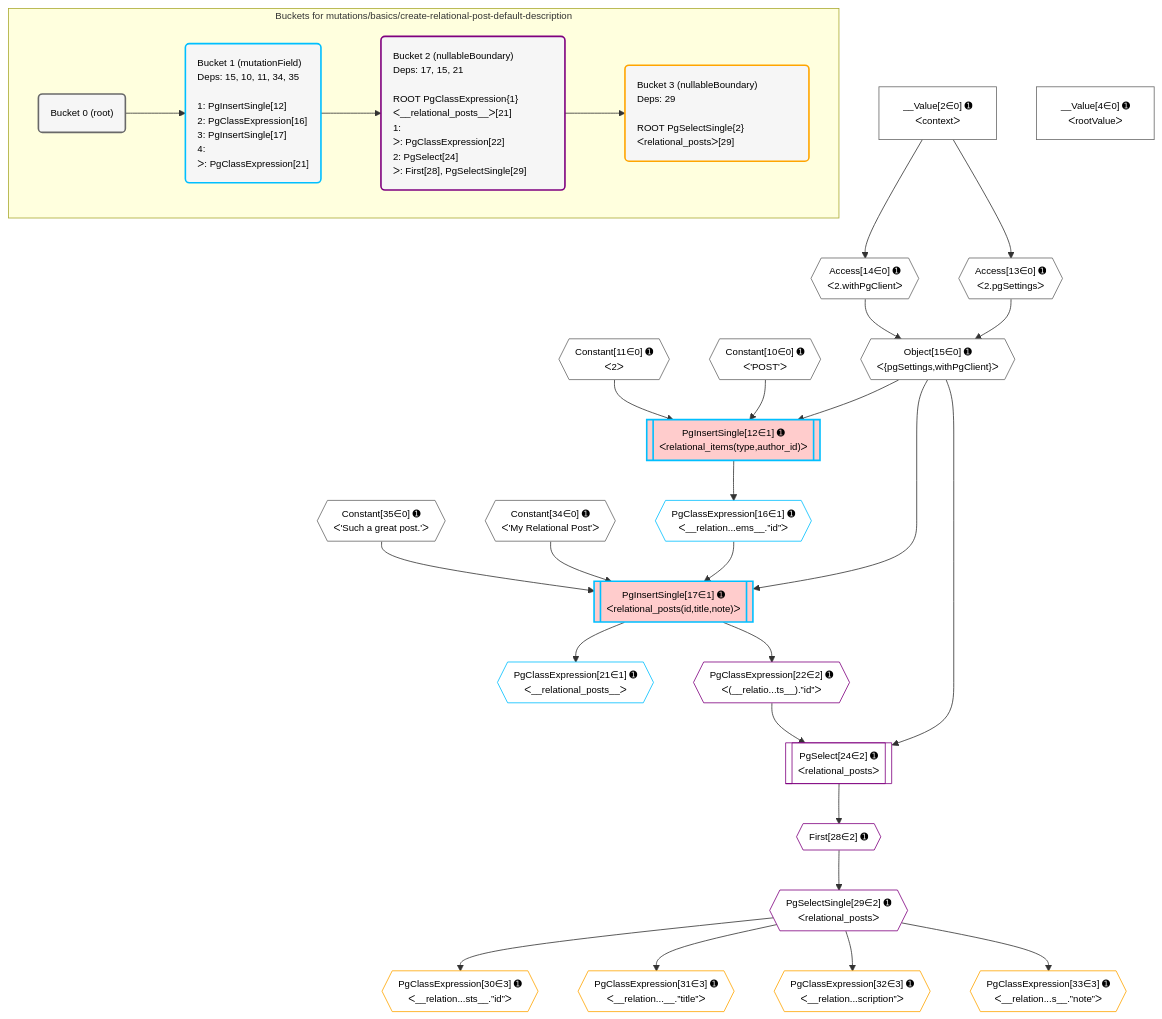
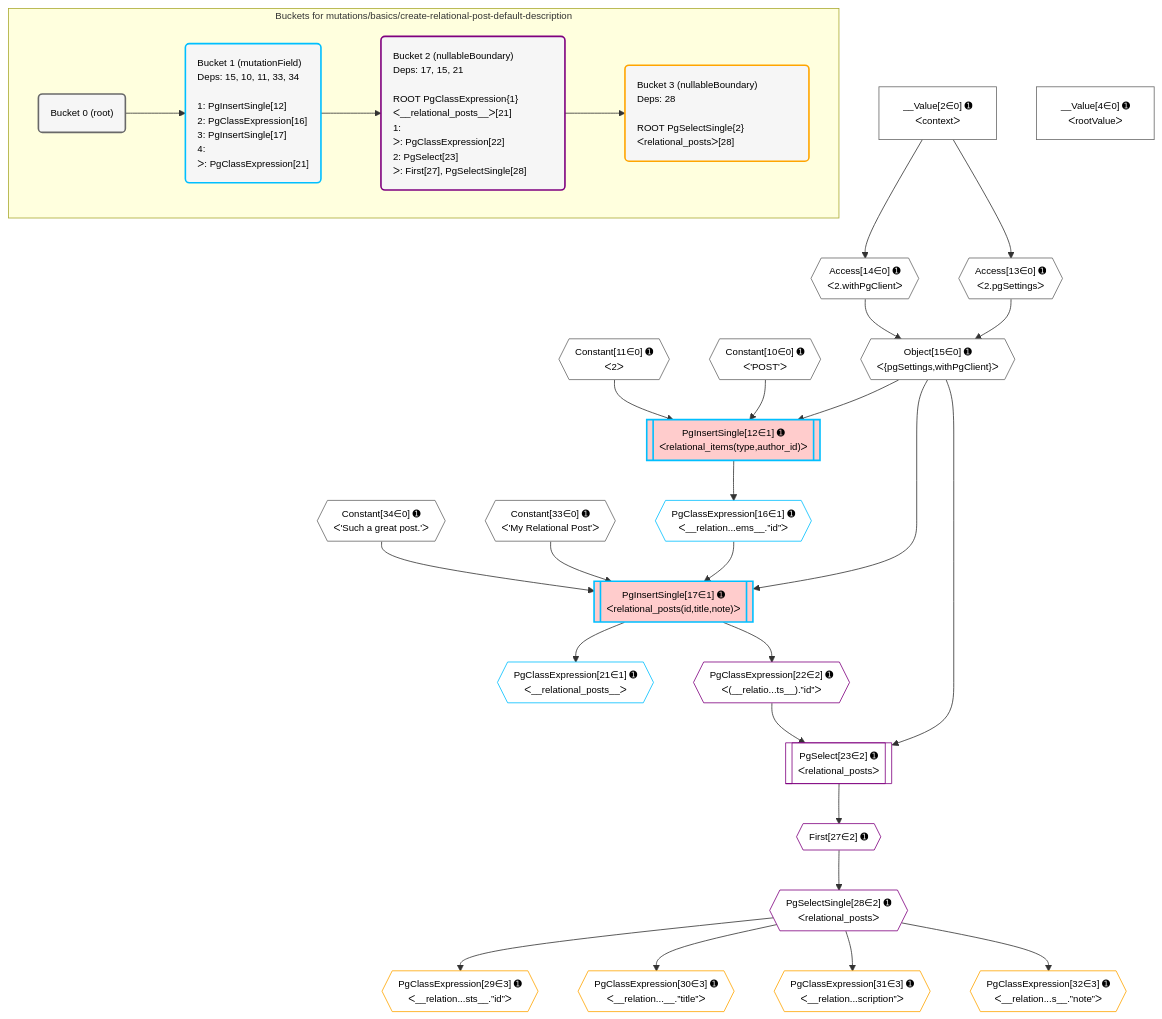
One commit to graphile/crystal changed the diagram in grafast/dataplan-pg/__tests__/mutations/basics/create-relational-post-default-description.deopt.mermaid. Above: the diagram before and after it, drawn with Mermaid. The commit also changed 8 other files, not shown here.

```diff
--- a/grafast/dataplan-pg/__tests__/mutations/basics/create-relational-post-default-description.deopt.mermaid
+++ b/grafast/dataplan-pg/__tests__/mutations/basics/create-relational-post-default-description.deopt.mermaid
@@ -1,67 +1,67 @@
 %%{init: {'themeVariables': { 'fontSize': '12px'}}}%%
 graph TD
     classDef path fill:#eee,stroke:#000,color:#000
     classDef plan fill:#fff,stroke-width:1px,color:#000
     classDef itemplan fill:#fff,stroke-width:2px,color:#000
     classDef unbatchedplan fill:#dff,stroke-width:1px,color:#000
     classDef sideeffectplan fill:#fcc,stroke-width:2px,color:#000
     classDef bucket fill:#f6f6f6,color:#000,stroke-width:2px,text-align:left
 
 
     %% plan dependencies
     Object15{{"Object[15∈0] ➊<br />ᐸ{pgSettings,withPgClient}ᐳ"}}:::plan
     Access13{{"Access[13∈0] ➊<br />ᐸ2.pgSettingsᐳ"}}:::plan
     Access14{{"Access[14∈0] ➊<br />ᐸ2.withPgClientᐳ"}}:::plan
     Access13 & Access14 --> Object15
     __Value2["__Value[2∈0] ➊<br />ᐸcontextᐳ"]:::plan
     __Value2 --> Access13
     __Value2 --> Access14
     __Value4["__Value[4∈0] ➊<br />ᐸrootValueᐳ"]:::plan
     Constant10{{"Constant[10∈0] ➊<br />ᐸ'POST'ᐳ"}}:::plan
     Constant11{{"Constant[11∈0] ➊<br />ᐸ2ᐳ"}}:::plan
-    Constant34{{"Constant[34∈0] ➊<br />ᐸ'My Relational Post'ᐳ"}}:::plan
-    Constant35{{"Constant[35∈0] ➊<br />ᐸ'Such a great post.'ᐳ"}}:::plan
+    Constant33{{"Constant[33∈0] ➊<br />ᐸ'My Relational Post'ᐳ"}}:::plan
+    Constant34{{"Constant[34∈0] ➊<br />ᐸ'Such a great post.'ᐳ"}}:::plan
     PgInsertSingle17[["PgInsertSingle[17∈1] ➊<br />ᐸrelational_posts(id,title,note)ᐳ"]]:::sideeffectplan
     PgClassExpression16{{"PgClassExpression[16∈1] ➊<br />ᐸ__relation...ems__.”id”ᐳ"}}:::plan
-    Object15 & PgClassExpression16 & Constant34 & Constant35 --> PgInsertSingle17
+    Object15 & PgClassExpression16 & Constant33 & Constant34 --> PgInsertSingle17
     PgInsertSingle12[["PgInsertSingle[12∈1] ➊<br />ᐸrelational_items(type,author_id)ᐳ"]]:::sideeffectplan
     Object15 & Constant10 & Constant11 --> PgInsertSingle12
     PgInsertSingle12 --> PgClassExpression16
     PgClassExpression21{{"PgClassExpression[21∈1] ➊<br />ᐸ__relational_posts__ᐳ"}}:::plan
     PgInsertSingle17 --> PgClassExpression21
-    PgSelect24[["PgSelect[24∈2] ➊<br />ᐸrelational_postsᐳ"]]:::plan
+    PgSelect23[["PgSelect[23∈2] ➊<br />ᐸrelational_postsᐳ"]]:::plan
     PgClassExpression22{{"PgClassExpression[22∈2] ➊<br />ᐸ(__relatio...ts__).”id”ᐳ"}}:::plan
-    Object15 & PgClassExpression22 --> PgSelect24
+    Object15 & PgClassExpression22 --> PgSelect23
     PgInsertSingle17 --> PgClassExpression22
-    First28{{"First[28∈2] ➊"}}:::plan
-    PgSelect24 --> First28
-    PgSelectSingle29{{"PgSelectSingle[29∈2] ➊<br />ᐸrelational_postsᐳ"}}:::plan
-    First28 --> PgSelectSingle29
-    PgClassExpression30{{"PgClassExpression[30∈3] ➊<br />ᐸ__relation...sts__.”id”ᐳ"}}:::plan
-    PgSelectSingle29 --> PgClassExpression30
-    PgClassExpression31{{"PgClassExpression[31∈3] ➊<br />ᐸ__relation...__.”title”ᐳ"}}:::plan
-    PgSelectSingle29 --> PgClassExpression31
-    PgClassExpression32{{"PgClassExpression[32∈3] ➊<br />ᐸ__relation...scription”ᐳ"}}:::plan
-    PgSelectSingle29 --> PgClassExpression32
-    PgClassExpression33{{"PgClassExpression[33∈3] ➊<br />ᐸ__relation...s__.”note”ᐳ"}}:::plan
-    PgSelectSingle29 --> PgClassExpression33
+    First27{{"First[27∈2] ➊"}}:::plan
+    PgSelect23 --> First27
+    PgSelectSingle28{{"PgSelectSingle[28∈2] ➊<br />ᐸrelational_postsᐳ"}}:::plan
+    First27 --> PgSelectSingle28
+    PgClassExpression29{{"PgClassExpression[29∈3] ➊<br />ᐸ__relation...sts__.”id”ᐳ"}}:::plan
+    PgSelectSingle28 --> PgClassExpression29
+    PgClassExpression30{{"PgClassExpression[30∈3] ➊<br />ᐸ__relation...__.”title”ᐳ"}}:::plan
+    PgSelectSingle28 --> PgClassExpression30
+    PgClassExpression31{{"PgClassExpression[31∈3] ➊<br />ᐸ__relation...scription”ᐳ"}}:::plan
+    PgSelectSingle28 --> PgClassExpression31
+    PgClassExpression32{{"PgClassExpression[32∈3] ➊<br />ᐸ__relation...s__.”note”ᐳ"}}:::plan
+    PgSelectSingle28 --> PgClassExpression32
 
     %% define steps
 
     subgraph "Buckets for mutations/basics/create-relational-post-default-description"
     Bucket0("Bucket 0 (root)"):::bucket
     classDef bucket0 stroke:#696969
-    class Bucket0,__Value2,__Value4,Constant10,Constant11,Access13,Access14,Object15,Constant34,Constant35 bucket0
-    Bucket1("Bucket 1 (mutationField)<br />Deps: 15, 10, 11, 34, 35<br /><br />1: PgInsertSingle[12]<br />2: PgClassExpression[16]<br />3: PgInsertSingle[17]<br />4: <br />ᐳ: PgClassExpression[21]"):::bucket
+    class Bucket0,__Value2,__Value4,Constant10,Constant11,Access13,Access14,Object15,Constant33,Constant34 bucket0
+    Bucket1("Bucket 1 (mutationField)<br />Deps: 15, 10, 11, 33, 34<br /><br />1: PgInsertSingle[12]<br />2: PgClassExpression[16]<br />3: PgInsertSingle[17]<br />4: <br />ᐳ: PgClassExpression[21]"):::bucket
     classDef bucket1 stroke:#00bfff
     class Bucket1,PgInsertSingle12,PgClassExpression16,PgInsertSingle17,PgClassExpression21 bucket1
-    Bucket2("Bucket 2 (nullableBoundary)<br />Deps: 17, 15, 21<br /><br />ROOT PgClassExpression{1}ᐸ__relational_posts__ᐳ[21]<br />1: <br />ᐳ: PgClassExpression[22]<br />2: PgSelect[24]<br />ᐳ: First[28], PgSelectSingle[29]"):::bucket
+    Bucket2("Bucket 2 (nullableBoundary)<br />Deps: 17, 15, 21<br /><br />ROOT PgClassExpression{1}ᐸ__relational_posts__ᐳ[21]<br />1: <br />ᐳ: PgClassExpression[22]<br />2: PgSelect[23]<br />ᐳ: First[27], PgSelectSingle[28]"):::bucket
     classDef bucket2 stroke:#7f007f
-    class Bucket2,PgClassExpression22,PgSelect24,First28,PgSelectSingle29 bucket2
-    Bucket3("Bucket 3 (nullableBoundary)<br />Deps: 29<br /><br />ROOT PgSelectSingle{2}ᐸrelational_postsᐳ[29]"):::bucket
+    class Bucket2,PgClassExpression22,PgSelect23,First27,PgSelectSingle28 bucket2
+    Bucket3("Bucket 3 (nullableBoundary)<br />Deps: 28<br /><br />ROOT PgSelectSingle{2}ᐸrelational_postsᐳ[28]"):::bucket
     classDef bucket3 stroke:#ffa500
-    class Bucket3,PgClassExpression30,PgClassExpression31,PgClassExpression32,PgClassExpression33 bucket3
+    class Bucket3,PgClassExpression29,PgClassExpression30,PgClassExpression31,PgClassExpression32 bucket3
     Bucket0 --> Bucket1
     Bucket1 --> Bucket2
     Bucket2 --> Bucket3
     end
```
